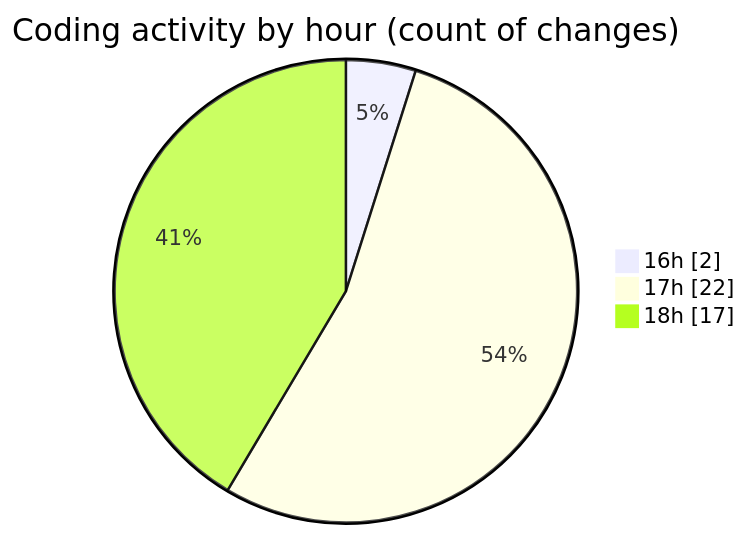
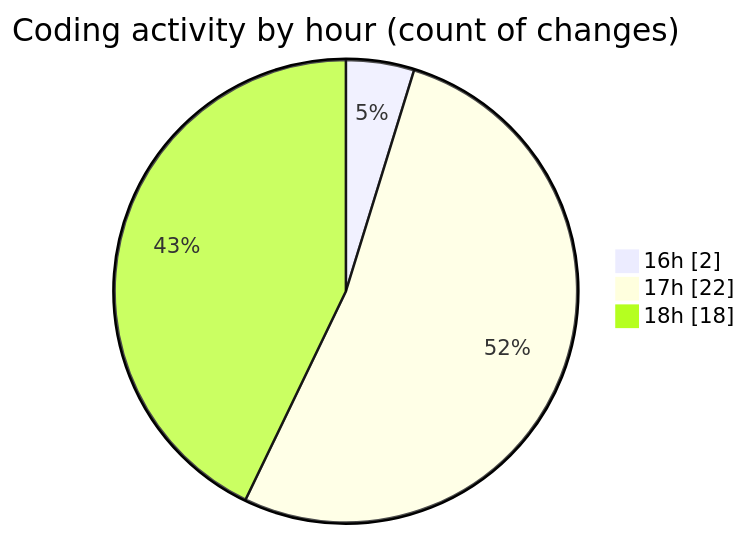
One commit to Elitesun/code-tracking changed the second of 2 diagrams in 2025-01-24/react/README.md. Above: the diagram before and after it, drawn with Mermaid. The commit also changed other lines of this file and 1 other file, not shown here.

````diff
--- a/2025-01-24/react/README.md
+++ b/2025-01-24/react/README.md
@@ -36,7 +36,7 @@
 ```mermaid
 pie showData
 title Coding activity by hour (count of changes)
 "16h" : 2
 "17h" : 22
-"18h" : 17
+"18h" : 18
 ```
````
